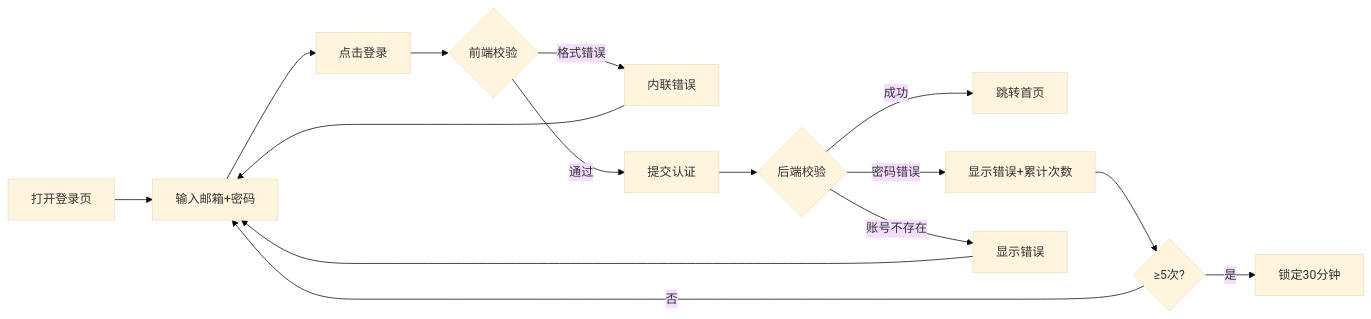
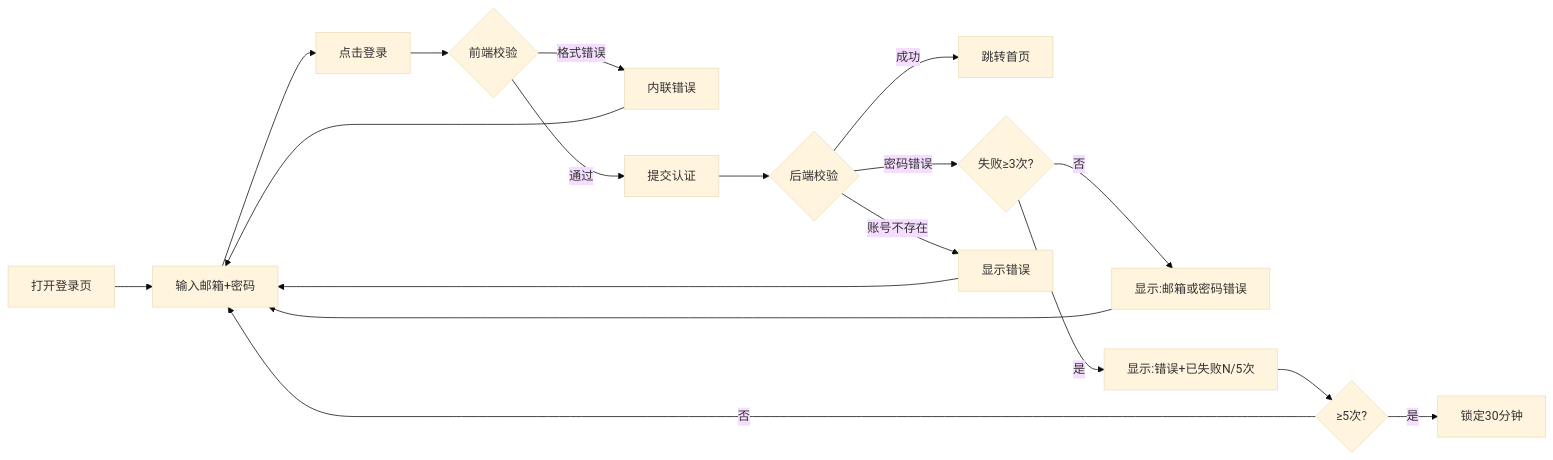
One commit to foryou2026/chinese changed the first of 6 diagrams in docs/C02-ia-interaction/app/auth/account-entry/02-flows.md. Above: the diagram before and after it, drawn with Mermaid (base theme). The commit also changed 29 other files, not shown here.

````diff
--- a/docs/C02-ia-interaction/app/auth/account-entry/02-flows.md
+++ b/docs/C02-ia-interaction/app/auth/account-entry/02-flows.md
@@ -7,17 +7,20 @@
 ```mermaid
 flowchart LR
   A1[打开登录页] --> B1[输入邮箱+密码]
   B1 --> C1[点击登录]
   C1 --> D1{前端校验}
   D1 -->|格式错误| E1[内联错误]
   E1 --> B1
   D1 -->|通过| F1[提交认证]
   F1 --> G1{后端校验}
   G1 -->|成功| H1[跳转首页]
-  G1 -->|密码错误| I1[显示错误+累计次数]
-  I1 --> J1{≥5次?}
+  G1 -->|密码错误| I1{失败≥3次?}
+  I1 -->|否| I1a[显示:邮箱或密码错误]
+  I1a --> B1
+  I1 -->|是| I1b[显示:错误+已失败N/5次]
+  I1b --> J1{≥5次?}
   J1 -->|是| K1[锁定30分钟]
   J1 -->|否| B1
   G1 -->|账号不存在| L1[显示错误]
   L1 --> B1
 ```
````
